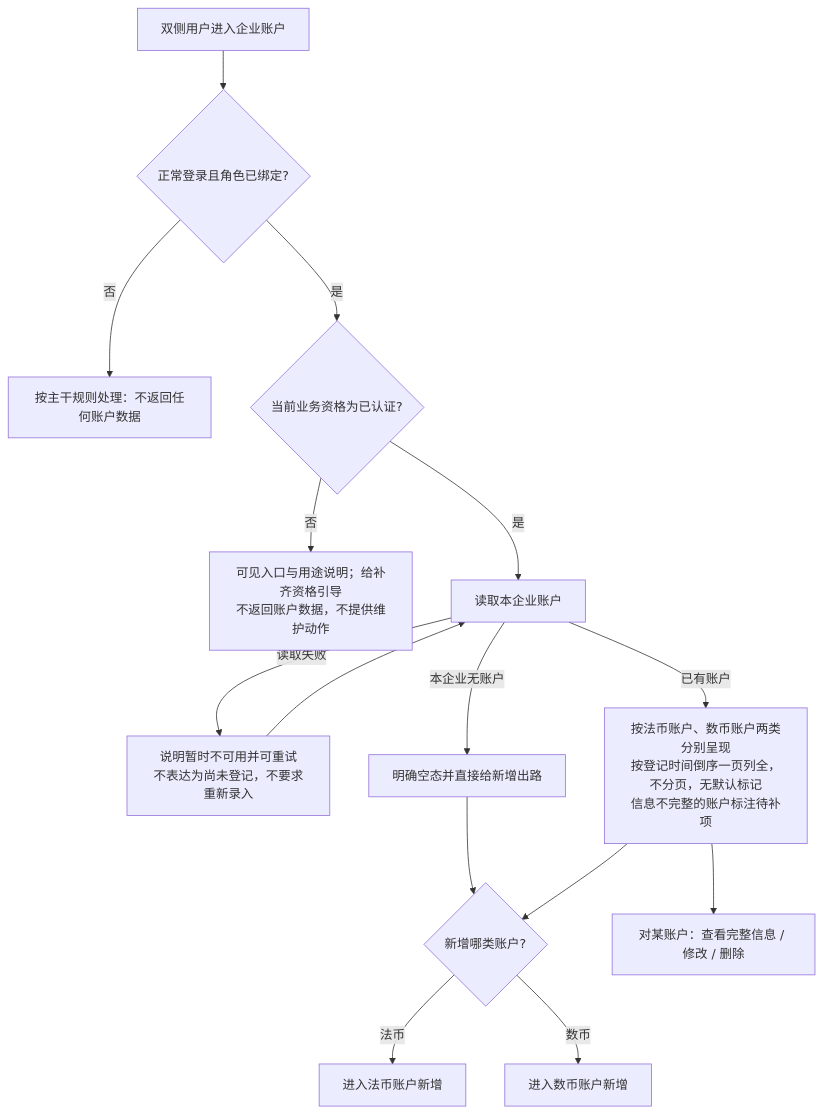
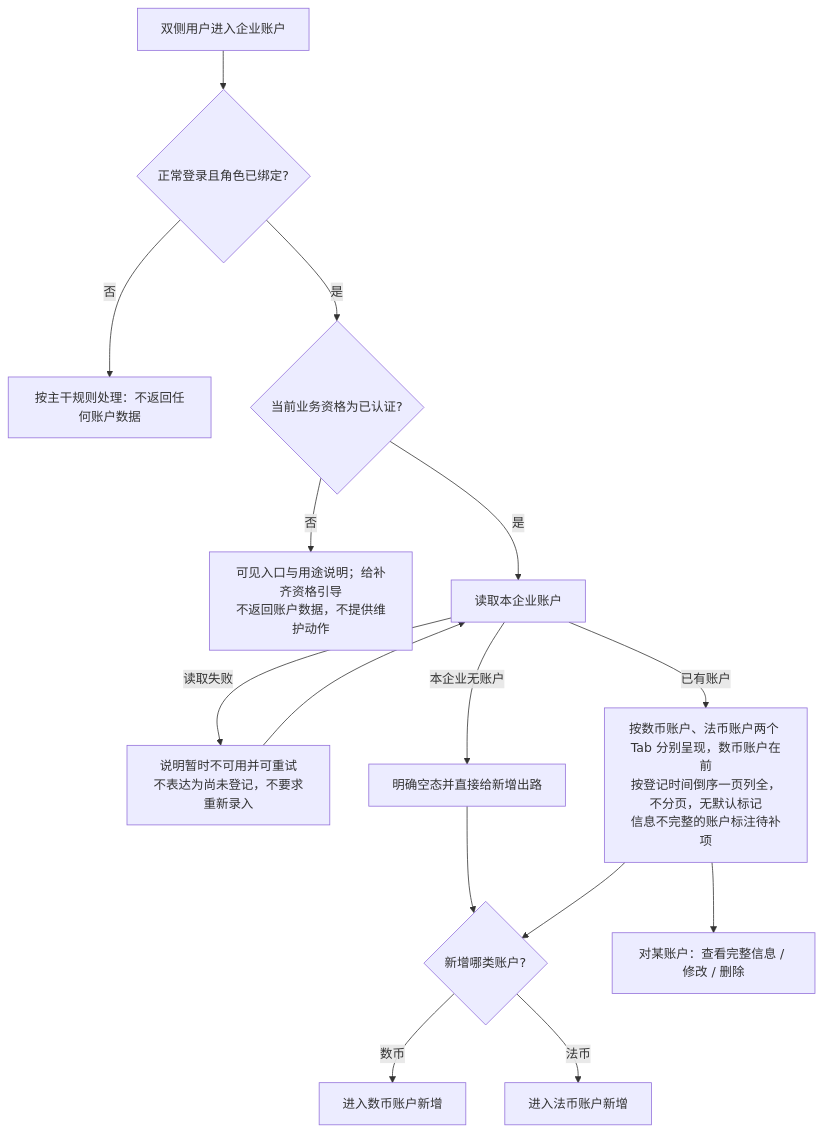
Before and after one commit to wxblockchain/Chain-Financing: the first of 7 diagrams in lending-platform/PRD/面客端/03-企业账户/02-企业账户-流程图与状态机.md, drawn with Mermaid. The commit also changed other lines of this file and 4 other files, not shown here.

````diff
--- a/lending-platform/PRD/面客端/03-企业账户/02-企业账户-流程图与状态机.md
+++ b/lending-platform/PRD/面客端/03-企业账户/02-企业账户-流程图与状态机.md
@@ -22,17 +22,17 @@
 ```mermaid
 flowchart TD
     A[双侧用户进入企业账户] --> B{正常登录且角色已绑定?}
     B -->|否| C[按主干规则处理：不返回任何账户数据]
     B -->|是| D{当前业务资格为已认证?}
     D -->|否| E[可见入口与用途说明；给补齐资格引导<br/>不返回账户数据，不提供维护动作]
     D -->|是| F[读取本企业账户]
     F -->|读取失败| G[说明暂时不可用并可重试<br/>不表达为尚未登记，不要求重新录入]
     G --> F
     F -->|本企业无账户| H[明确空态并直接给新增出路]
-    F -->|已有账户| I[按法币账户、数币账户两类分别呈现<br/>按登记时间倒序一页列全，不分页，无默认标记<br/>信息不完整的账户标注待补项]
+    F -->|已有账户| I[按数币账户、法币账户两个 Tab 分别呈现，数币账户在前<br/>按登记时间倒序一页列全，不分页，无默认标记<br/>信息不完整的账户标注待补项]
     H --> J{新增哪类账户?}
     I --> J
     I --> K[对某账户：查看完整信息 / 修改 / 删除]
+    J -->|数币| M[进入数币账户新增]
     J -->|法币| L[进入法币账户新增]
-    J -->|数币| M[进入数币账户新增]
 ```
````
